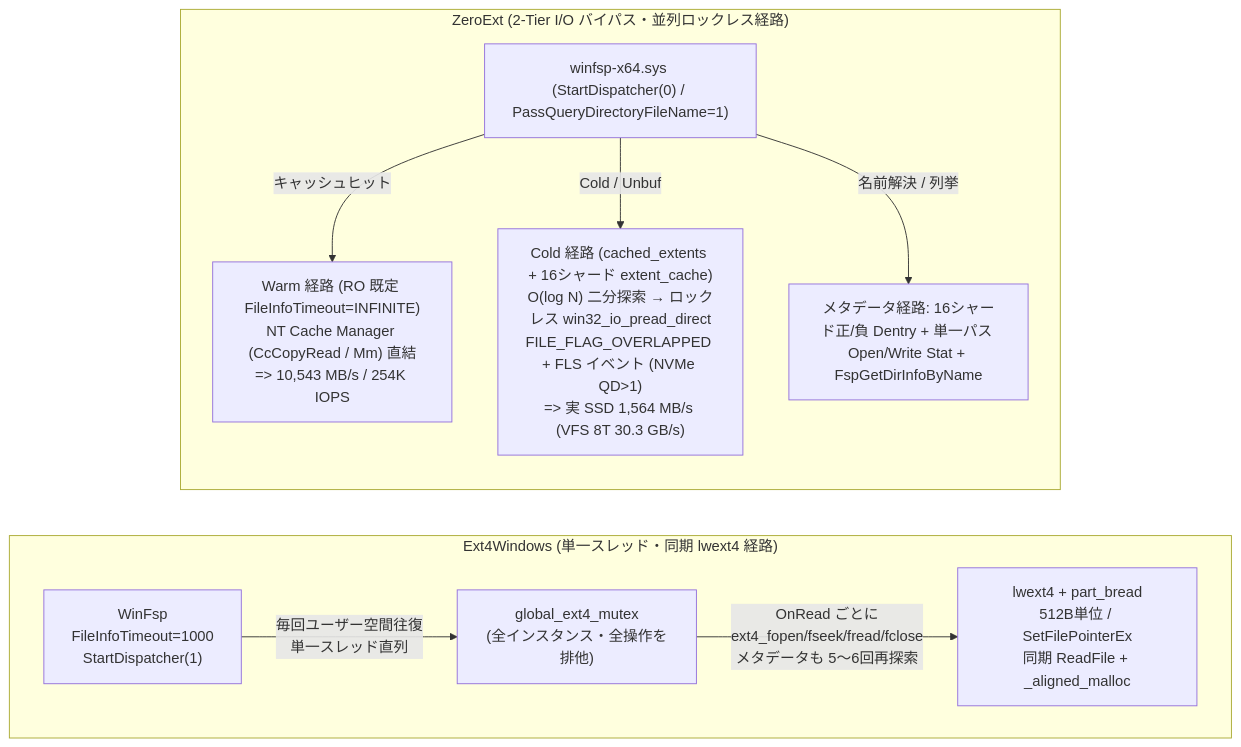
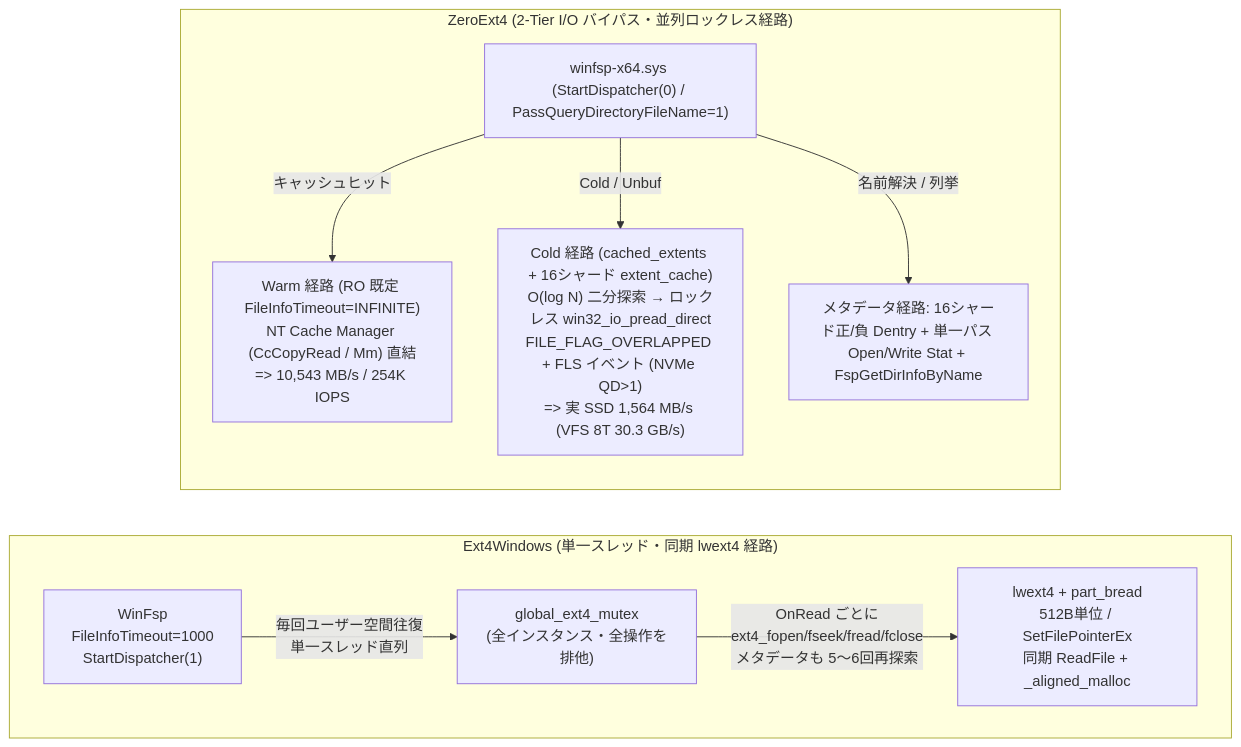
The diagram in docs/reports/ext4windows-comparison.md (totatake/ZeroExt), drawn with Mermaid before and after one commit. The commit also changed other lines of this file and 136 other files, not shown here.

Commit message:
refactor!: rename project, targets, symbols, and GUI to ZeroExt4

````diff
--- a/docs/reports/ext4windows-comparison.md
+++ b/docs/reports/ext4windows-comparison.md
@@ -36,19 +36,19 @@
 ```mermaid
 flowchart LR
     subgraph Ext4W["Ext4Windows (単一スレッド・同期 lwext4 経路)"]
         direction LR
         E1["WinFsp\nFileInfoTimeout=1000\nStartDispatcher(1)"] -->|"毎回ユーザー空間往復\n単一スレッド直列"| E2["global_ext4_mutex\n(全インスタンス・全操作を排他)"]
         E2 -->|"OnRead ごとに\next4_fopen/fseek/fread/fclose\nメタデータも 5〜6回再探索"| E3["lwext4 + part_bread\n512B単位 / SetFilePointerEx\n同期 ReadFile + _aligned_malloc"]
     end
 
-    subgraph ZeroExt["ZeroExt (2-Tier I/O バイパス・並列ロックレス経路)"]
+    subgraph ZeroExt4["ZeroExt4 (2-Tier I/O バイパス・並列ロックレス経路)"]
         direction TB
         ZSys["winfsp-x64.sys (StartDispatcher(0) / PassQueryDirectoryFileName=1)"]
         ZHot["Warm 経路 (RO 既定 FileInfoTimeout=INFINITE)\nNT Cache Manager (CcCopyRead / Mm) 直結\n=> 10,543 MB/s / 254K IOPS"]
         ZCold["Cold 経路 (cached_extents + 16シャード extent_cache)\nO(log N) 二分探索 → ロックレス win32_io_pread_direct\nFILE_FLAG_OVERLAPPED + FLS イベント (NVMe QD>1)\n=> 実 SSD 1,564 MB/s (VFS 8T 30.3 GB/s)"]
         ZMeta["メタデータ経路: 16シャード正/負 Dentry + 単一パス Open/Write Stat + FspGetDirInfoByName"]
         ZSys -->|"キャッシュヒット"| ZHot
         ZSys -->|"Cold / Unbuf"| ZCold
         ZSys -->|"名前解決 / 列挙"| ZMeta
     end
 ```
````
